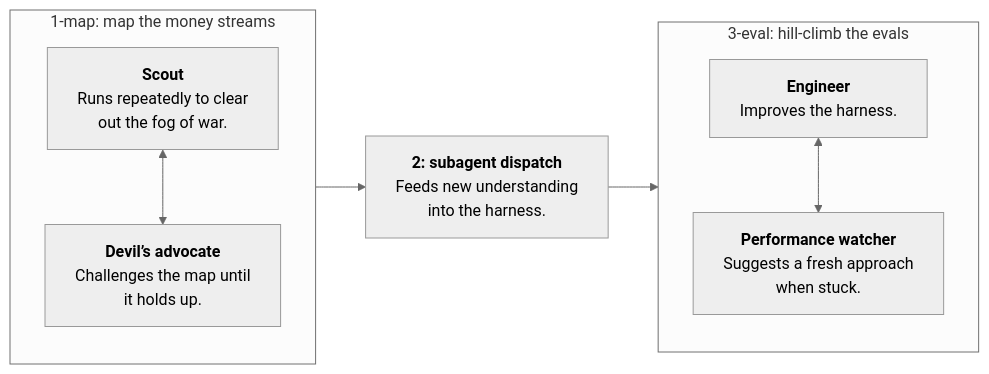
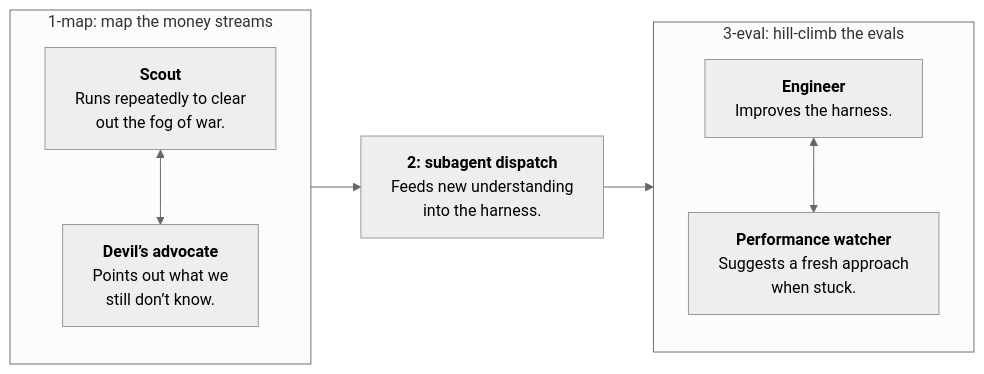
Before and after one commit to giladbarnea/pi-simple-team: the diagram in README.md, drawn with Mermaid (neutral theme). The commit also changed other lines of this file, not shown here.

````diff
--- a/README.md
+++ b/README.md
@@ -75,23 +79,23 @@
 ```mermaid
 flowchart LR
     subgraph map["1-map: map the money streams"]
         scout["`**Scout**
 Runs repeatedly to clear
 out the fog of war.`"] <--> advocate["`**Devil’s advocate**
-Challenges the map until
-it holds up.`"]
+Points out what we
+still don’t know.`"]
     end
 
     harness["`**2: subagent dispatch**
 Feeds new understanding
 into the harness.`"]
 
     subgraph eval["3-eval: hill-climb the evals"]
         engineer["`**Engineer**
 Improves the harness.`"] <--> watcher["`**Performance watcher**
 Suggests a fresh approach
 when stuck. `"]
     end
 
     map --> harness --> eval
 ```
````
